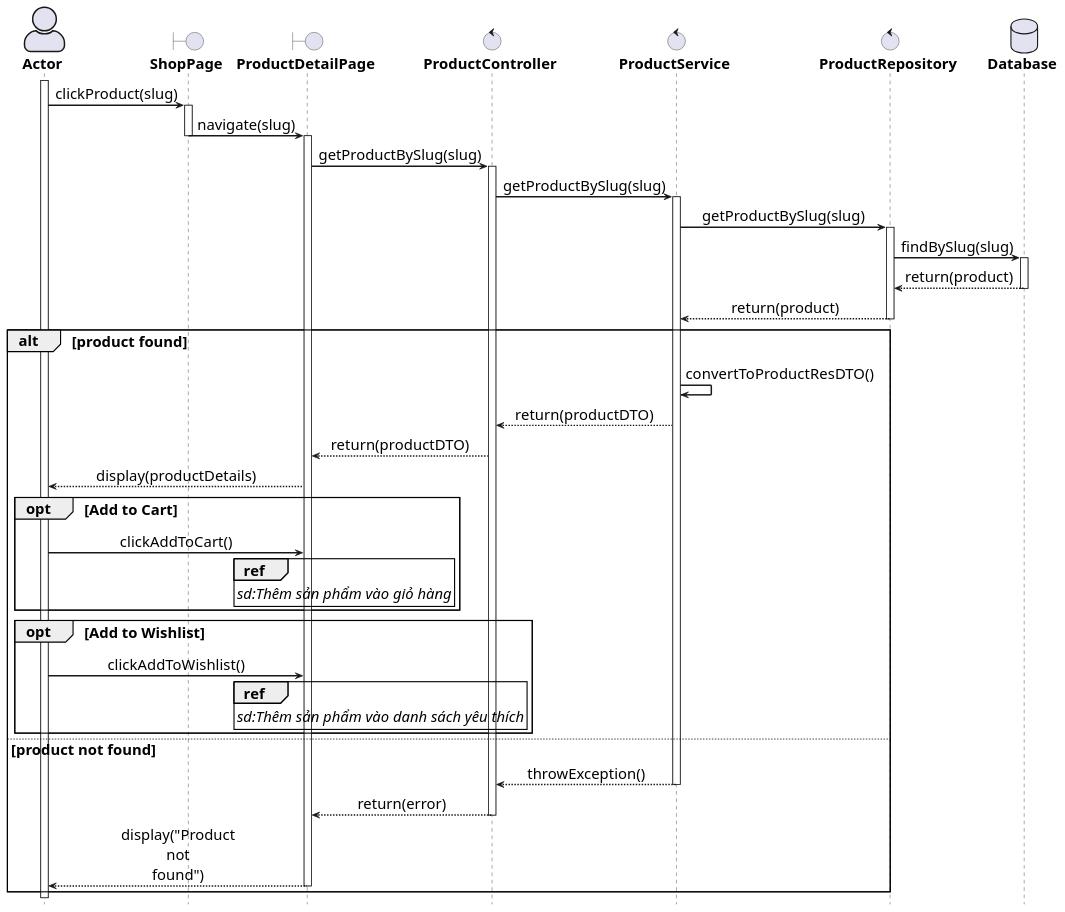
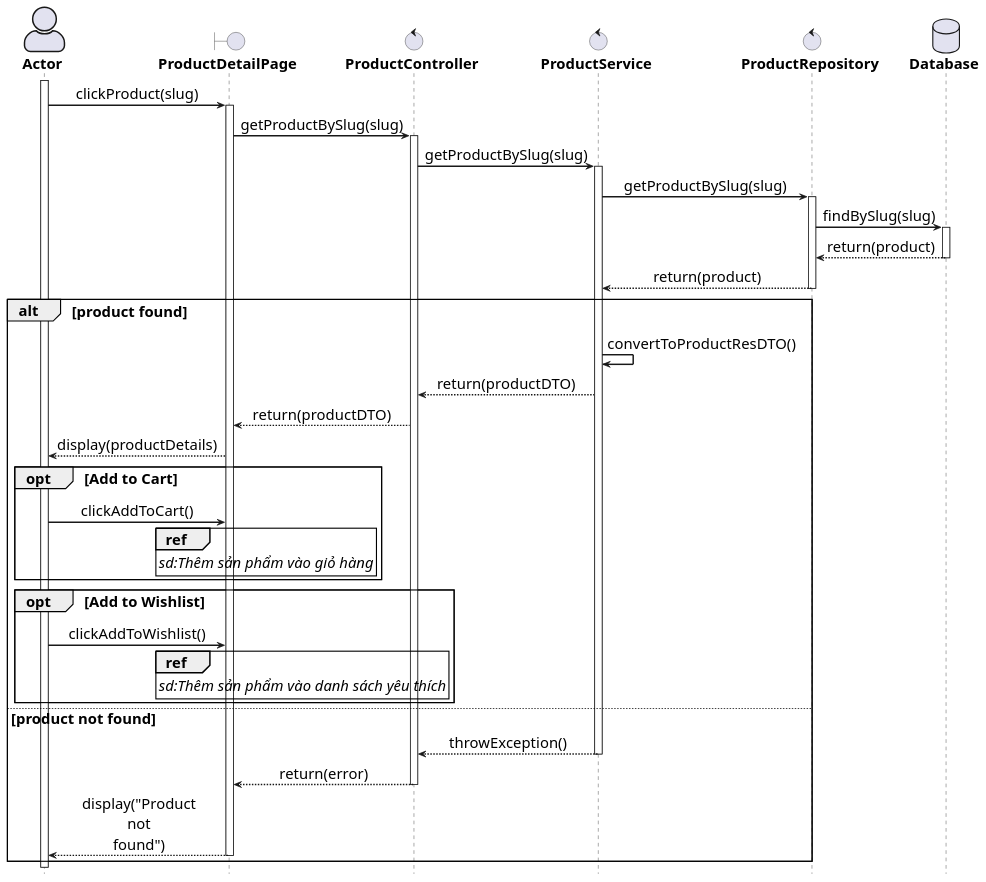
Before and after one commit to phuquy-28/clothing-store-spring: the diagram in docs/sequence-diagram/view-product-detail.pu, drawn with PlantUML. The commit also changed 27 other files, not shown here.

Commit message:
add fields product response; refactor sequence

```diff
--- a/docs/sequence-diagram/view-product-detail.pu
+++ b/docs/sequence-diagram/view-product-detail.pu
@@ -1,96 +1,92 @@
 @startuml
 
 ' General configuration
 skinparam defaultFontSize 20
 skinparam maxMessageSize 60
 skinparam sequenceMessageAlign center
 
 ' Actor style configuration
 skinparam actorStyle awesome
 
 ' Arrow and border thickness configuration
 skinparam {
     ArrowThickness 2
     ParticipantBorderThickness 2
     ActorBorderThickness 2
     LifeLineBorderThickness 2
     ActivationBorderThickness 2
 }
 
 ' Life line color configuration
 skinparam LifeLineBorderColor black
 
 ' Font style configuration for components
 skinparam {
     actorFontStyle bold
     boundaryFontStyle bold
     controlFontStyle bold
     entityFontStyle bold
     databaseFontStyle bold
 }
 
 ' Define components
 actor "Actor" as actor
-boundary "ShopPage" as shopPage
 boundary "ProductDetailPage" as detailPage
 control "ProductController" as controller
 control "ProductService" as service
 control "ProductRepository" as repo
 database "Database" as db
 
 ' Start processing flow
 activate actor
-actor -> shopPage: clickProduct(slug)
-activate shopPage
+actor -> detailPage: clickProduct(slug)
+activate detailPage
 
-shopPage -> detailPage: navigate(slug)
-deactivate shopPage
-activate detailPage
 
 detailPage -> controller: getProductBySlug(slug)
 activate controller
 
 controller -> service: getProductBySlug(slug)
 activate service
 
 service -> repo: getProductBySlug(slug)
 activate repo
 repo -> db: findBySlug(slug)
 activate db
 db --> repo: return(product)
 deactivate db
 repo --> service: return(product)
 deactivate repo
 
 alt product found
     service -> service: convertToProductResDTO()
     service --> controller: return(productDTO)
     controller --> detailPage: return(productDTO)
     detailPage --> actor: display(productDetails)
     opt Add to Cart
         actor -> detailPage: clickAddToCart()
         ref over detailPage
             //sd:Thêm sản phẩm vào giỏ hàng//
         end ref
     end opt
     opt Add to Wishlist
         actor -> detailPage: clickAddToWishlist()
         ref over detailPage
             //sd:Thêm sản phẩm vào danh sách yêu thích//
         end ref
     end opt
 else product not found
     service --> controller: throwException()
     deactivate service
     controller --> detailPage: return(error)
     deactivate controller
     detailPage --> actor: display("Product not found")
     deactivate detailPage
 end
 
 deactivate service
 deactivate controller
 deactivate detailPage
 
 hide footbox
 @enduml
```
